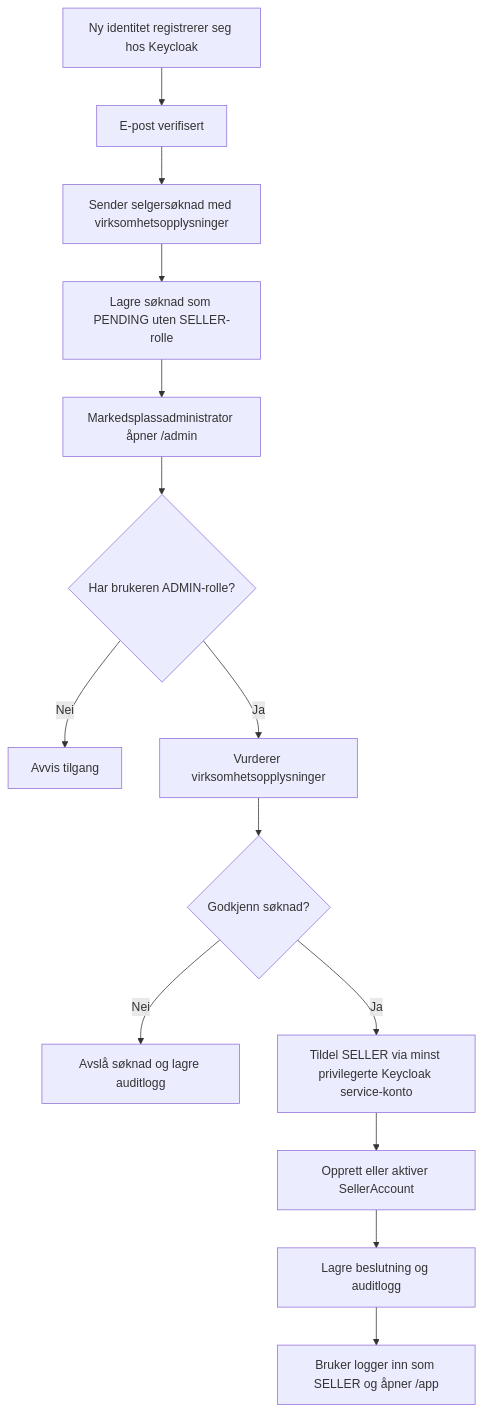
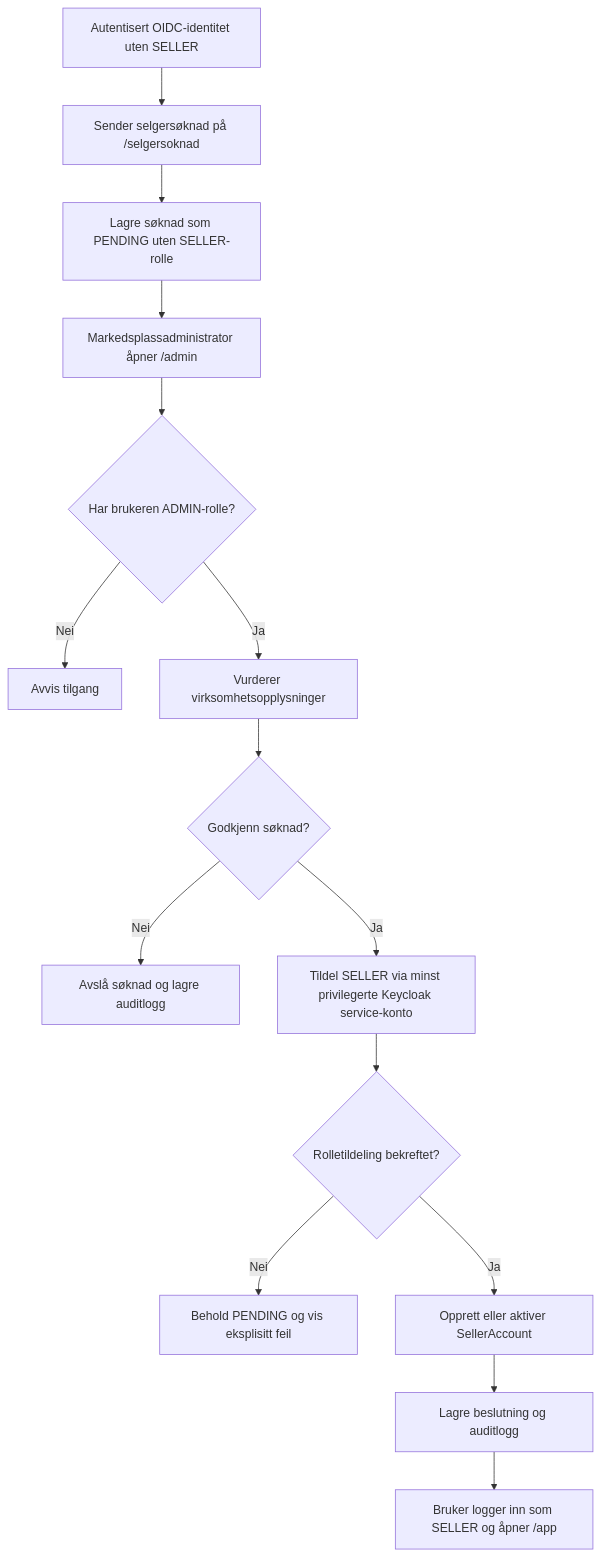
One commit to vardaasen/prosjekt changed the diagram in docs/userflows/diagrams/07-admin-approves-seller-application.mmd. Above: the diagram before and after it, drawn with Mermaid. The commit also changed 27 other files, not shown here.

Commit message:
feat: add seller application approval flow

```diff
--- a/docs/userflows/diagrams/07-admin-approves-seller-application.mmd
+++ b/docs/userflows/diagrams/07-admin-approves-seller-application.mmd
@@ -1,14 +1,15 @@
 flowchart TD
-    A[Ny identitet registrerer seg hos Keycloak] --> B[E-post verifisert]
-    B --> C[Sender selgersøknad med virksomhetsopplysninger]
+    A[Autentisert OIDC-identitet uten SELLER] --> C[Sender selgersøknad på /selgersoknad]
     C --> D[Lagre søknad som PENDING uten SELLER-rolle]
     D --> E[Markedsplassadministrator åpner /admin]
     E --> F{Har brukeren ADMIN-rolle?}
     F -- Nei --> G[Avvis tilgang]
     F -- Ja --> H[Vurderer virksomhetsopplysninger]
     H --> I{Godkjenn søknad?}
     I -- Nei --> J[Avslå søknad og lagre auditlogg]
     I -- Ja --> K[Tildel SELLER via minst privilegerte Keycloak service-konto]
-    K --> L[Opprett eller aktiver SellerAccount]
-    L --> M[Lagre beslutning og auditlogg]
-    M --> N[Bruker logger inn som SELLER og åpner /app]
+    K --> L{Rolletildeling bekreftet?}
+    L -- Nei --> M[Behold PENDING og vis eksplisitt feil]
+    L -- Ja --> N[Opprett eller aktiver SellerAccount]
+    N --> O[Lagre beslutning og auditlogg]
+    O --> P[Bruker logger inn som SELLER og åpner /app]
```
